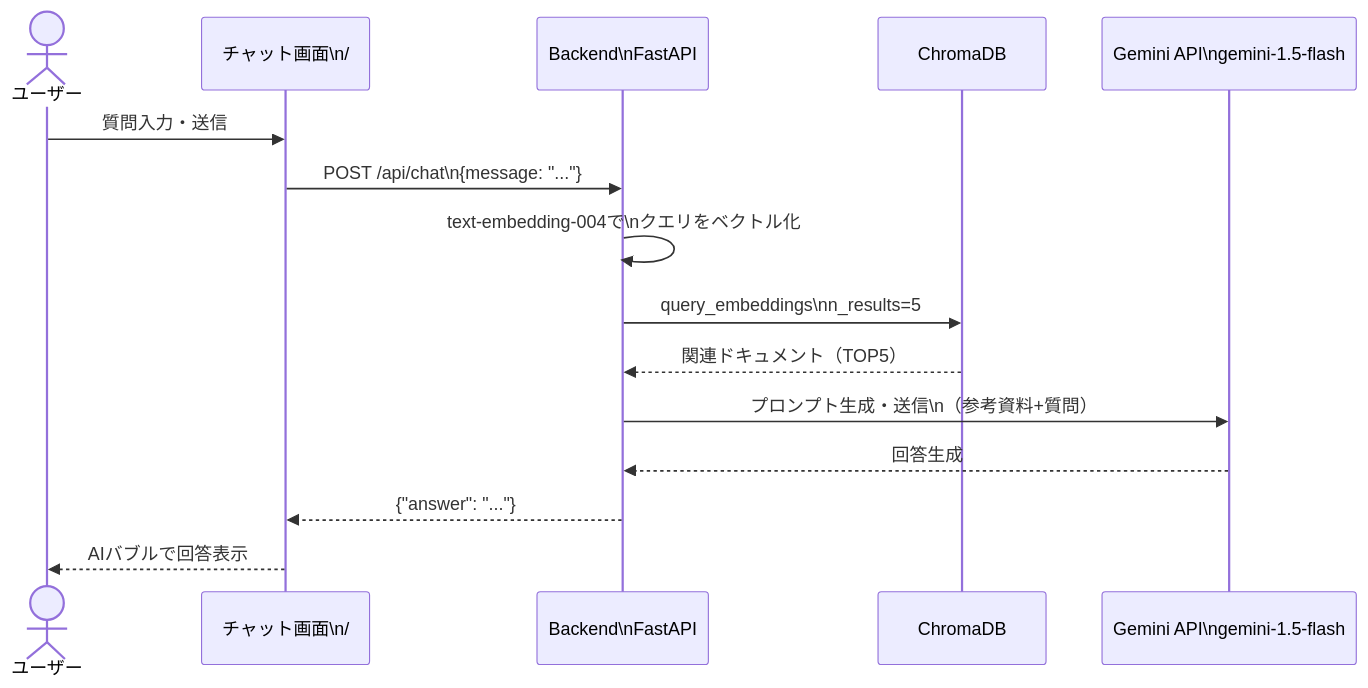
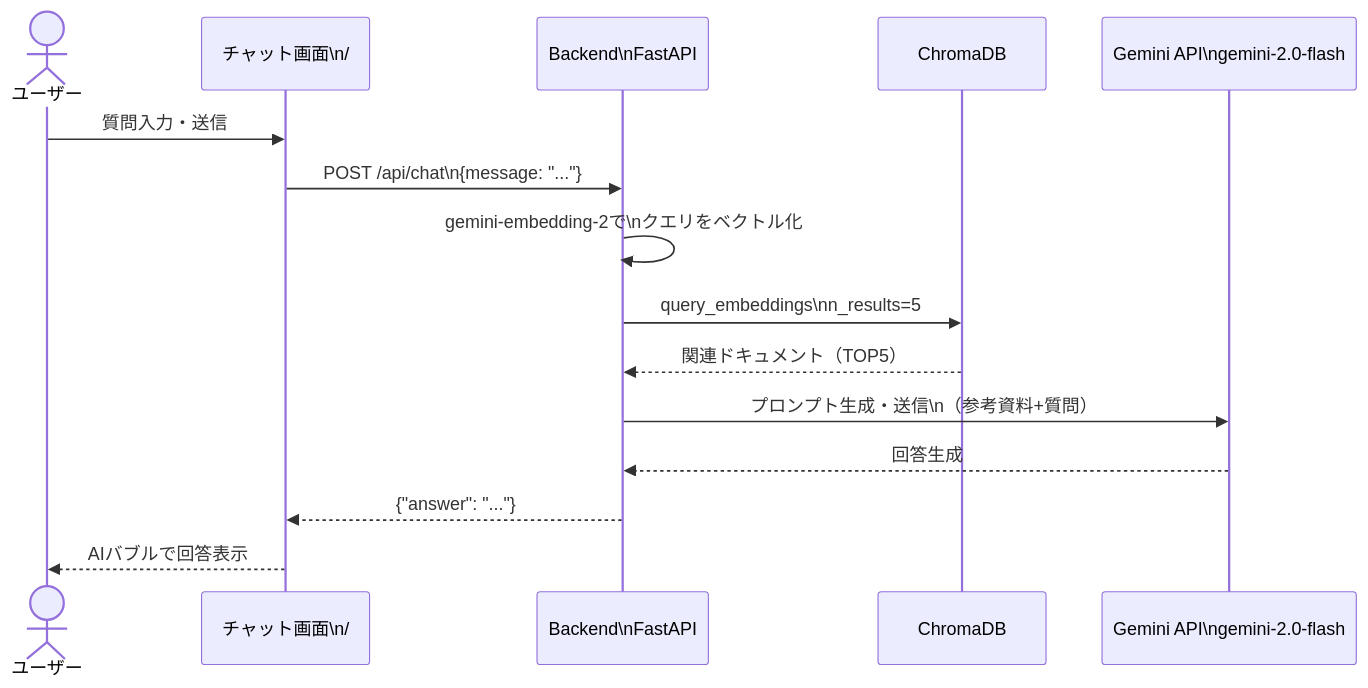
The first of 5 diagrams in docs/design/sequence_diagrams.md (redmine54/ai_chat), drawn with Mermaid before and after one commit. The commit also changed other lines of this file and 10 other files, not shown here.

````diff
--- a/docs/design/sequence_diagrams.md
+++ b/docs/design/sequence_diagrams.md
@@ -8,18 +8,18 @@
 ```mermaid
 sequenceDiagram
     actor User as ユーザー
     participant UI as チャット画面\n/
     participant BE as Backend\nFastAPI
     participant DB as ChromaDB
-    participant LLM as Gemini API\ngemini-1.5-flash
+    participant LLM as Gemini API\ngemini-2.0-flash
 
     User->>UI: 質問入力・送信
     UI->>BE: POST /api/chat\n{message: "..."}
-    BE->>BE: text-embedding-004で\nクエリをベクトル化
+    BE->>BE: gemini-embedding-2で\nクエリをベクトル化
     BE->>DB: query_embeddings\nn_results=5
     DB-->>BE: 関連ドキュメント（TOP5）
     BE->>LLM: プロンプト生成・送信\n（参考資料+質問）
     LLM-->>BE: 回答生成
     BE-->>UI: {"answer": "..."}
     UI-->>User: AIバブルで回答表示
 ```
````
